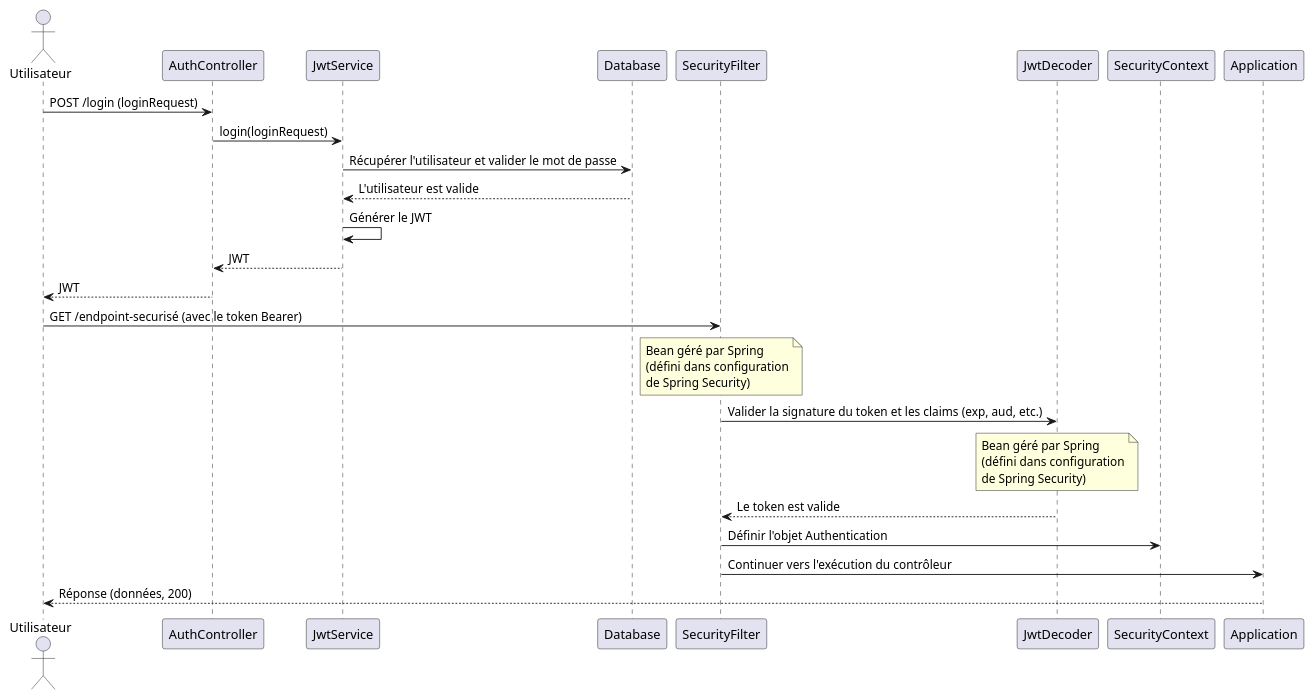
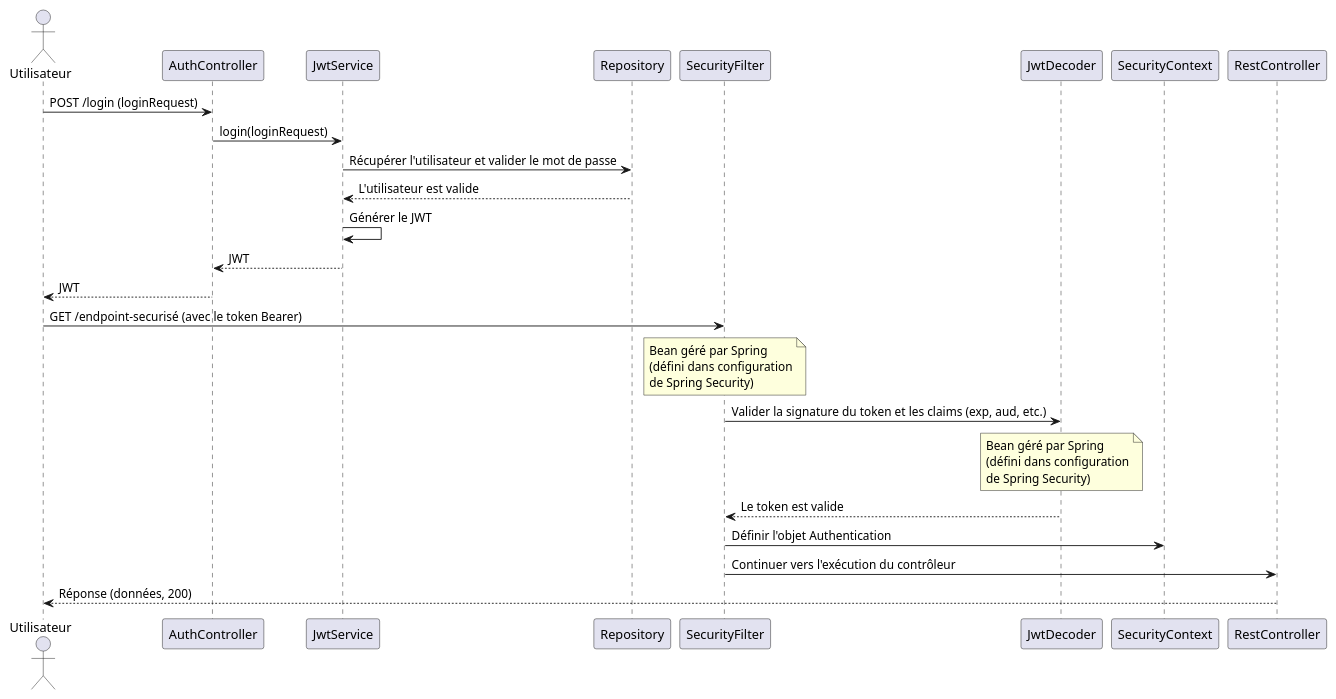
One commit to cpierres/P3-back-spring changed the diagram in assets/docs/diagrams/sequence_diagrams/securite_token_spring.puml. Above: the diagram before and after it, drawn with PlantUML. The commit also changed 6 other files, not shown here.

Commit message:
Doc : mise à jour des diagrammes de séquences puml

```diff
--- a/assets/docs/diagrams/sequence_diagrams/securite_token_spring.puml
+++ b/assets/docs/diagrams/sequence_diagrams/securite_token_spring.puml
@@ -1,30 +1,30 @@
 @startuml
 actor Utilisateur
 
 Utilisateur -> AuthController: POST /login (loginRequest)
 AuthController -> JwtService: login(loginRequest)
-JwtService -> Database: Récupérer l'utilisateur et valider le mot de passe
-Database --> JwtService: L'utilisateur est valide
+JwtService -> Repository: Récupérer l'utilisateur et valider le mot de passe
+Repository --> JwtService: L'utilisateur est valide
 JwtService -> JwtService: Générer le JWT
 JwtService --> AuthController: JWT
 AuthController --> Utilisateur: JWT
 
 Utilisateur -> SecurityFilter: GET /endpoint-securisé (avec le token Bearer)
 note over of SecurityFilter
     Bean géré par Spring
     (défini dans configuration
     de Spring Security)
 end note
 
 SecurityFilter -> JwtDecoder: Valider la signature du token et les claims (exp, aud, etc.)
 note over of JwtDecoder
     Bean géré par Spring
     (défini dans configuration
     de Spring Security)
 end note
 JwtDecoder --> SecurityFilter: Le token est valide
 SecurityFilter -> SecurityContext: Définir l'objet Authentication
-SecurityFilter -> Application: Continuer vers l'exécution du contrôleur
-Application --> Utilisateur: Réponse (données, 200)
+SecurityFilter -> RestController: Continuer vers l'exécution du contrôleur
+RestController --> Utilisateur: Réponse (données, 200)
 
 @enduml
```
